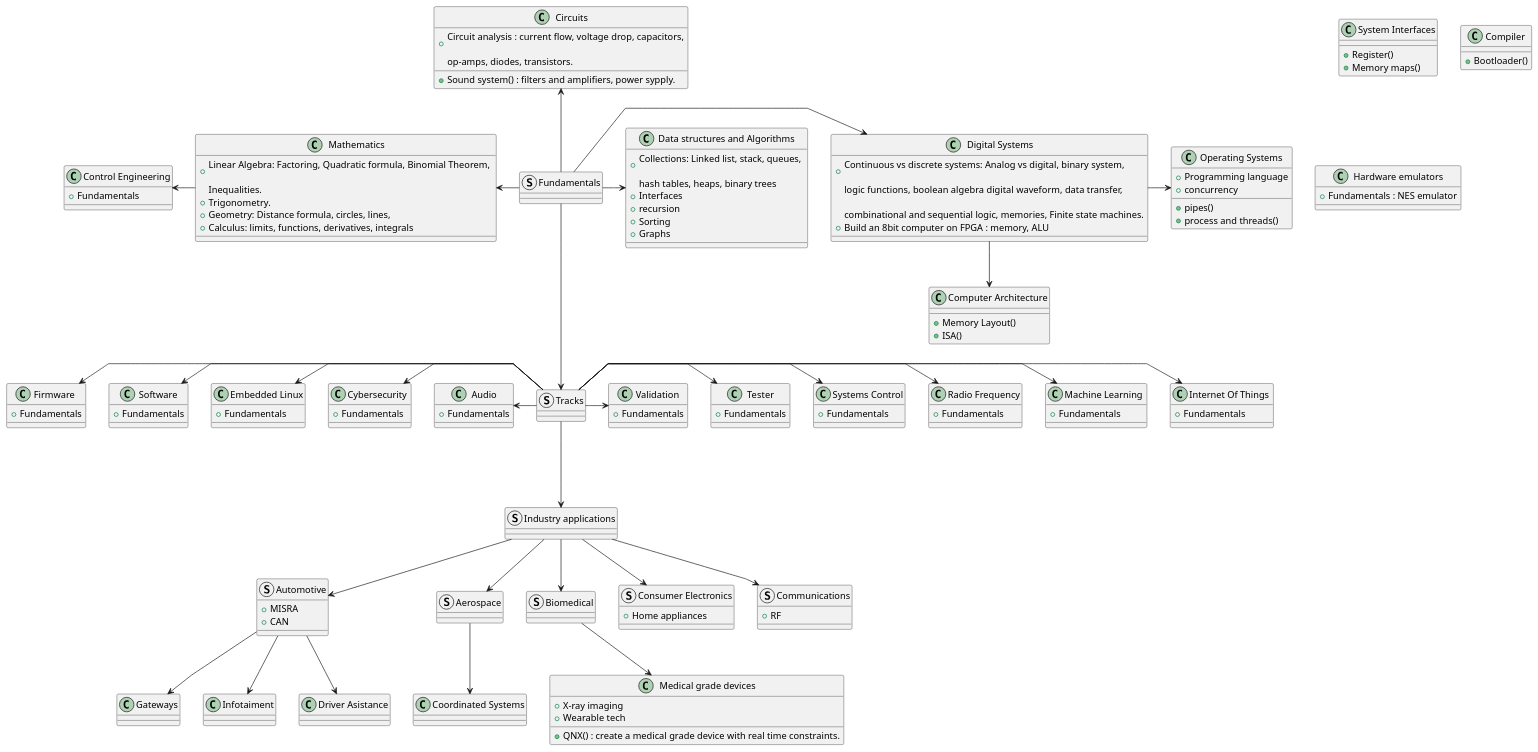
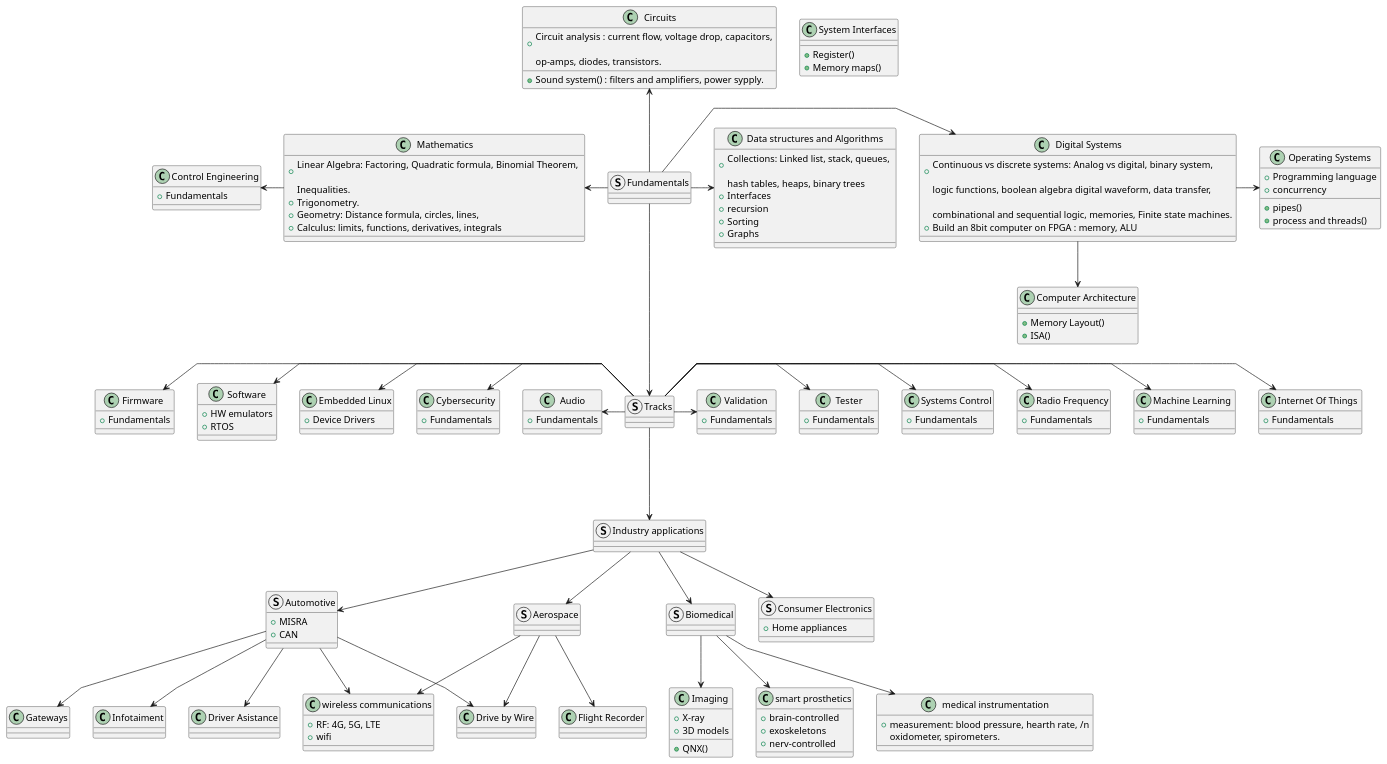
Before and after one commit to Killerpug/Embedded-Developer-Roadmap: the diagram in src/roadmap_overview.md, drawn with PlantUML. The commit also changed 5 other files, not shown here.

```diff
--- a/src/roadmap_overview.md
+++ b/src/roadmap_overview.md
@@ -79,65 +79,42 @@
 }
 
 
-class "Compiler" as compiler {
-  + Bootloader()
-
-}
-
-class "Hardware emulators" as hw_emulator {
-  + Fundamentals : NES emulator
-
-}
-
 
 class "Machine Learning " as machine_learning {
   + Fundamentals
-
 }
-
 
 class "Cybersecurity " as cybersecurity {
   + Fundamentals
-
 }
 
 class "Firmware " as firmware {
   + Fundamentals
-
 }
-
 
 class "Internet Of Things " as iot {
   + Fundamentals
-
 }
-
 
 class "Systems Control" as sys_control {
   + Fundamentals
-
 }
 
 class "Embedded Linux" as embedded_linux {
-  + Fundamentals
-
+  + Device Drivers
 }
-
-
 
 class "Audio" as audio {
   + Fundamentals
-
 }
-
 
 class "Radio Frequency" as radio_frequency {
   + Fundamentals
-
 }
 
 class "Software" as embedded_software {
-  + Fundamentals
+  + HW emulators
+  + RTOS
 }
 
 class "Tester" as tester {
@@ -167,52 +144,64 @@
   + CAN
 }
 
-
-
-
 class "Gateways" as gateways{
 
 }
+
 class "Infotaiment" as infotaiment{
 
 }
+
 class "Driver Asistance" as driver_assistance{
 
 }
+
+
 
 struct Aerospace {
    
 }
 
+class "Drive by Wire" as drive_by_wire{
+
+}
+
+class "Flight Recorder" as flight_recorder{
+
+}
 
 
-class "Coordinated Systems" as coordinated_systems{
-
-}
 
 struct Biomedical {
    
 }
 
-
-
-class "Medical grade devices" as medical_devices {
-   + X-ray imaging
-   + Wearable tech
-   + QNX() : create a medical grade device with real time constraints.
+class "Imaging" as imaging {
+   + X-ray
+   + 3D models
+   + QNX()
 }
 
+class "smart prosthetics" as smart_prost {
+  + brain-controlled
+  + exoskeletons
+  + nerv-controlled
+}
+
+class "medical instrumentation" as medical_instrumentation {
+  + measurement: blood pressure, hearth rate, /n
+   oxidometer, spirometers.
+}
 
 
 struct "Consumer Electronics" as Consumer_Electronics {
    + Home appliances
 }
 
-struct Communications {
-   + RF
+class "wireless communications" as wireless_comms{
+   + RF: 4G, 5G, LTE
+   + wifi
 }
-
-
 
 /' *********************************** Finish Tracks ******************************** '/
 
@@ -244,12 +233,17 @@
 Industry_applications --> Aerospace
 Industry_applications --> Biomedical
 Industry_applications --> Consumer_Electronics
-Industry_applications --> Communications
-Aerospace --> coordinated_systems
+Aerospace --> drive_by_wire
+Aerospace --> flight_recorder
+Aerospace --> wireless_comms
+Automotive --> drive_by_wire
 Automotive --> gateways
 Automotive --> infotaiment
 Automotive --> driver_assistance
-Biomedical --> medical_devices
+Automotive --> wireless_comms
+Biomedical --> imaging
+Biomedical --> smart_prost
+Biomedical --> medical_instrumentation
 
 
 
```
